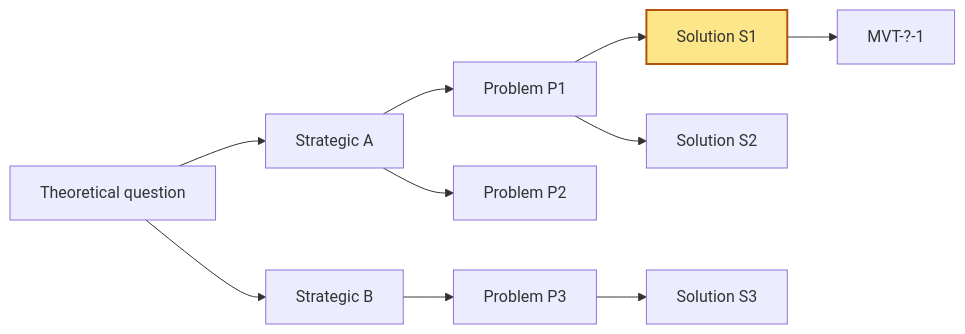
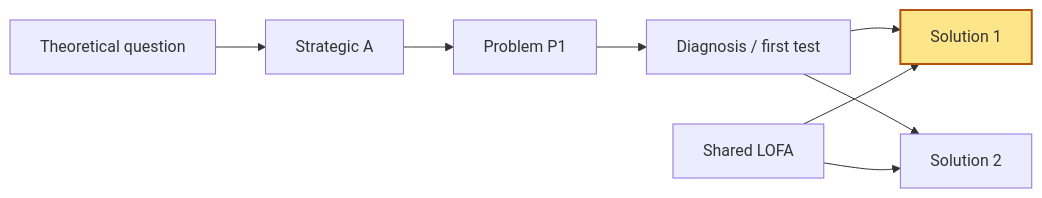
Before and after one commit to brubinsztein/strategic-experimentation-coach: the diagram in assets/running-doc-template.md, drawn with Mermaid. The commit also changed other lines of this file and 2 other files, not shown here.

First line of the commit message:
feat: lean recommendation-first running doc

````diff
--- a/assets/running-doc-template.md
+++ b/assets/running-doc-template.md
@@ -53,13 +12,11 @@
 ```mermaid
 graph LR
     Q["Theoretical question"] --> A["Strategic A"]
-    Q --> B["Strategic B"]
     A --> P1["Problem P1"]
-    A --> P2["Problem P2"]
-    B --> P3["Problem P3"]
-    P1 --> S1["Solution S1"]:::priority
-    P1 --> S2["Solution S2"]
-    P3 --> S3["Solution S3"]
-    S1 --> M1["MVT-?-1"]
+    P1 --> D["Diagnosis / first test"]
+    D --> S1["Solution 1"]:::priority
+    D --> S2["Solution 2"]
+    L["Shared LOFA"] --> S1
+    L --> S2
     classDef priority fill:#fde68a,stroke:#b45309,stroke-width:2px;
 ```
````
